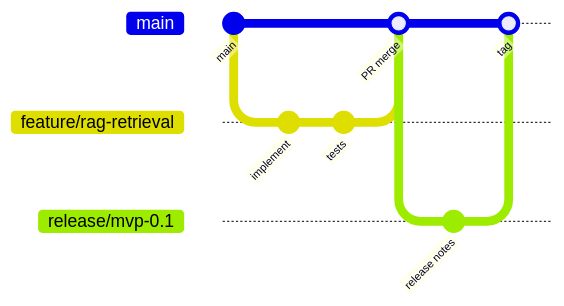
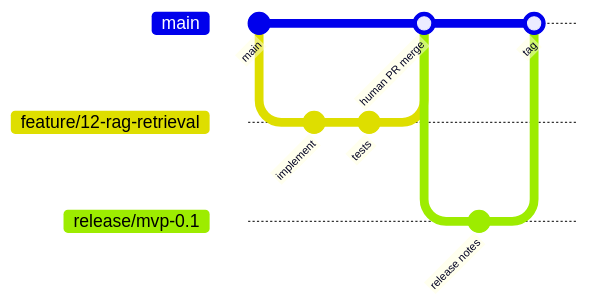
Before and after one commit to bluefate/spacebio-evidence-engine: the diagram in docs/development/BRANCHING_STRATEGY.md, drawn with Mermaid. The commit also changed other lines of this file and 24 other files, not shown here.

````diff
--- a/docs/development/BRANCHING_STRATEGY.md
+++ b/docs/development/BRANCHING_STRATEGY.md
@@ -13,15 +13,15 @@
 ```mermaid
 gitGraph
   commit id: "main"
-  branch feature/rag-retrieval
-  checkout feature/rag-retrieval
+  branch feature/12-rag-retrieval
+  checkout feature/12-rag-retrieval
   commit id: "implement"
   commit id: "tests"
   checkout main
-  merge feature/rag-retrieval id: "PR merge"
+  merge feature/12-rag-retrieval id: "human PR merge"
   branch release/mvp-0.1
   checkout release/mvp-0.1
   commit id: "release notes"
   checkout main
   merge release/mvp-0.1 id: "tag"
 ```
````
